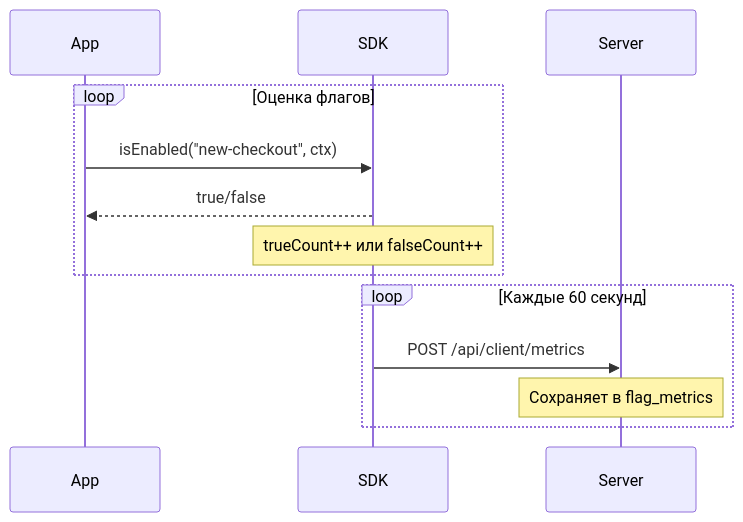
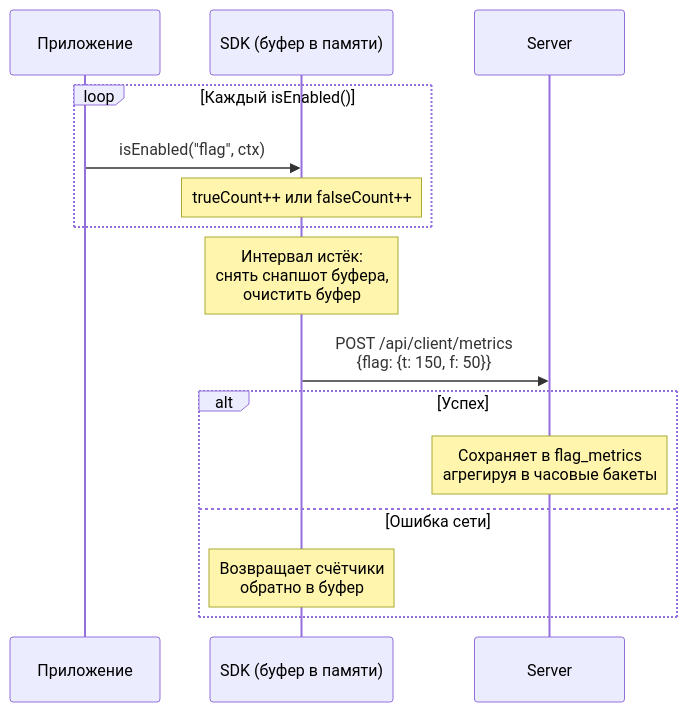
Before and after one commit to edgar-dev20/mozhno: the diagram in docs/guide/metrics.md, drawn with Mermaid. The commit also changed other lines of this file and 1 other file, not shown here.

Commit message:
docs: fix metrics — show SDK buffer/snapshot/retry flow, correct timeBucket to hourly; remove fake audit export

````diff
--- a/docs/guide/metrics.md
+++ b/docs/guide/metrics.md
@@ -9,17 +9,21 @@
 ```mermaid
 sequenceDiagram
-    participant App
-    participant SDK
+    participant App as Приложение
+    participant SDK as SDK (буфер в памяти)
     participant Server
 
-    loop Оценка флагов
-        App->>SDK: isEnabled("new-checkout", ctx)
-        SDK-->>App: true/false
+    loop Каждый isEnabled()
+        App->>SDK: isEnabled("flag", ctx)
         Note over SDK: trueCount++ или falseCount++
     end
 
-    loop Каждые 60 секунд
-        SDK->>Server: POST /api/client/metrics
-        Note over Server: Сохраняет в flag_metrics
+    Note over SDK: Интервал истёк:<br/>снять снапшот буфера,<br/>очистить буфер
+
+    SDK->>Server: POST /api/client/metrics<br/>{flag: {t: 150, f: 50}}
+
+    alt Успех
+        Note over Server: Сохраняет в flag_metrics<br/>агрегируя в часовые бакеты
+    else Ошибка сети
+        Note over SDK: Возвращает счётчики<br/>обратно в буфер
     end
 ```
````
